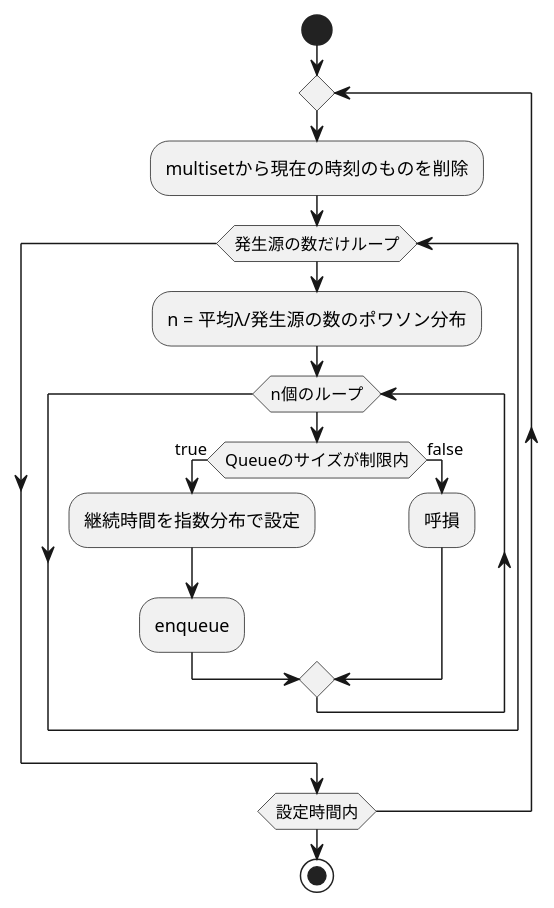
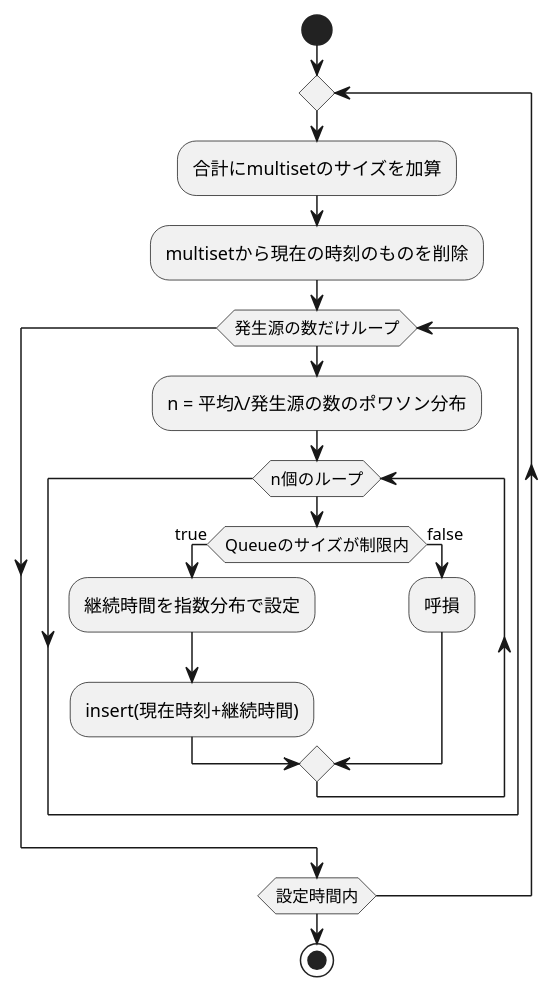
The diagram in README.md (grncbg/ANSL-NetworkSimulator), drawn with PlantUML before and after one commit.

Commit message:
Update Algorithm

````diff
--- a/README.md
+++ b/README.md
@@ -23,28 +23,29 @@
 ```plantuml
 @startuml
 start
 
 repeat
 
+    :合計にmultisetのサイズを加算;
     :multisetから現在の時刻のものを削除;
 
     while (発生源の数だけループ)
 
         :n = 平均λ/発生源の数のポワソン分布;
         while(n個のループ)
             if (Queueのサイズが制限内) then (true)
                 :継続時間を指数分布で設定;
-                :enqueue;
+                :insert(現在時刻+継続時間);
             else (false)
                 :呼損;
             endif
         endwhile
 
     endwhile
 
 repeat while (設定時間内)
 
 stop
 
 @enduml
 ```
````
